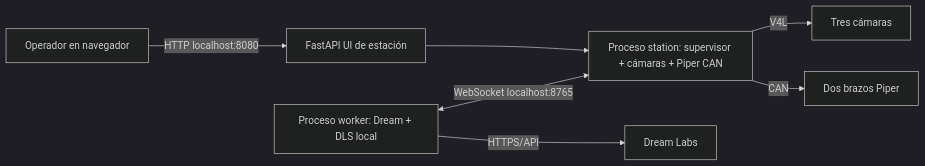
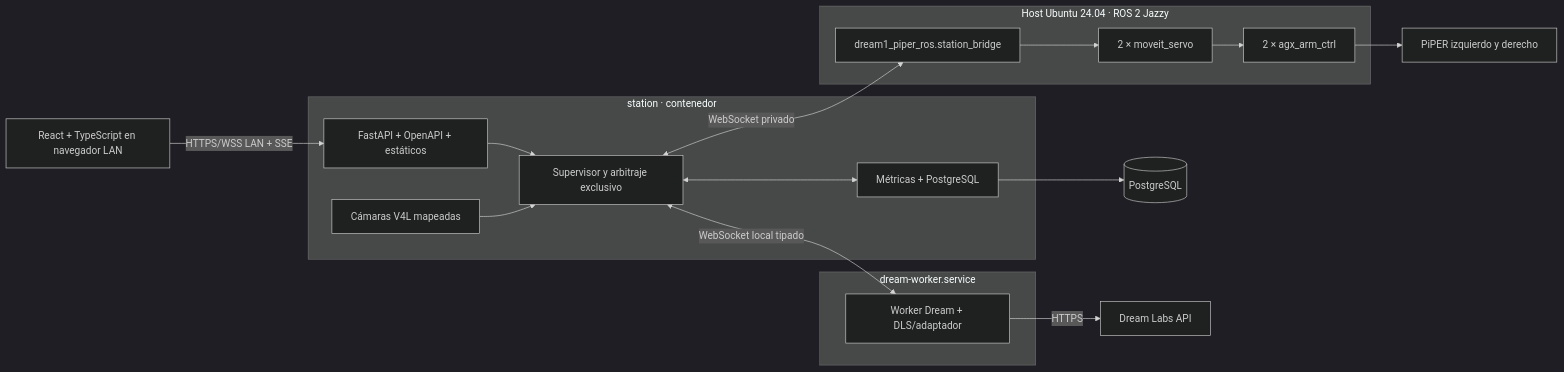
The diagram in docs/APP_OPERATIONS.md (MwkOC/dream1-piper), drawn with Mermaid (dark theme) before and after one commit. The commit also changed other lines of this file and 94 other files, not shown here.

Commit message:
feat: add Piper station application scaffold

````diff
--- a/docs/APP_OPERATIONS.md
+++ b/docs/APP_OPERATIONS.md
@@ -12,9 +48,30 @@
 ```mermaid
 flowchart LR
-  Operator[Operador en navegador] -->|HTTP localhost:8080| UI[FastAPI UI de estación]
-  UI --> Station[Proceso station: supervisor + cámaras + Piper CAN]
-  Worker[Proceso worker: Dream + DLS local] <-->|WebSocket localhost:8765| Station
-  Station -->|V4L| Cameras[Tres cámaras]
-  Station -->|CAN| Arms[Dos brazos Piper]
-  Worker -->|HTTPS/API| Dream[Dream Labs]
+  Browser[React + TypeScript en navegador LAN]
+  subgraph StationService[station · contenedor]
+    FastAPI[FastAPI + OpenAPI + estáticos]
+    Supervisor[Supervisor y arbitraje exclusivo]
+    Metrics[Métricas + PostgreSQL]
+    Cameras[Cámaras V4L mapeadas]
+  end
+  subgraph WorkerService[dream-worker.service]
+    Worker[Worker Dream + DLS/adaptador]
+  end
+  Database[(PostgreSQL)]
+  subgraph RosHost[Host Ubuntu 24.04 · ROS 2 Jazzy]
+    Drivers[2 × agx_arm_ctrl]
+    Servo[2 × moveit_servo]
+    Bridge[dream1_piper_ros.station_bridge]
+  end
+  Arms[PiPER izquierdo y derecho]
+  Dream[Dream Labs API]
+  Browser -->|HTTPS/WSS LAN + SSE| FastAPI
+  FastAPI --> Supervisor
+  Supervisor <-->|WebSocket privado| Bridge
+  Bridge --> Servo --> Drivers --> Arms
+  Cameras --> Supervisor
+  Supervisor <--> Metrics
+  Metrics --> Database
+  Supervisor <-->|WebSocket local tipado| Worker
+  Worker -->|HTTPS| Dream
 ```
````
